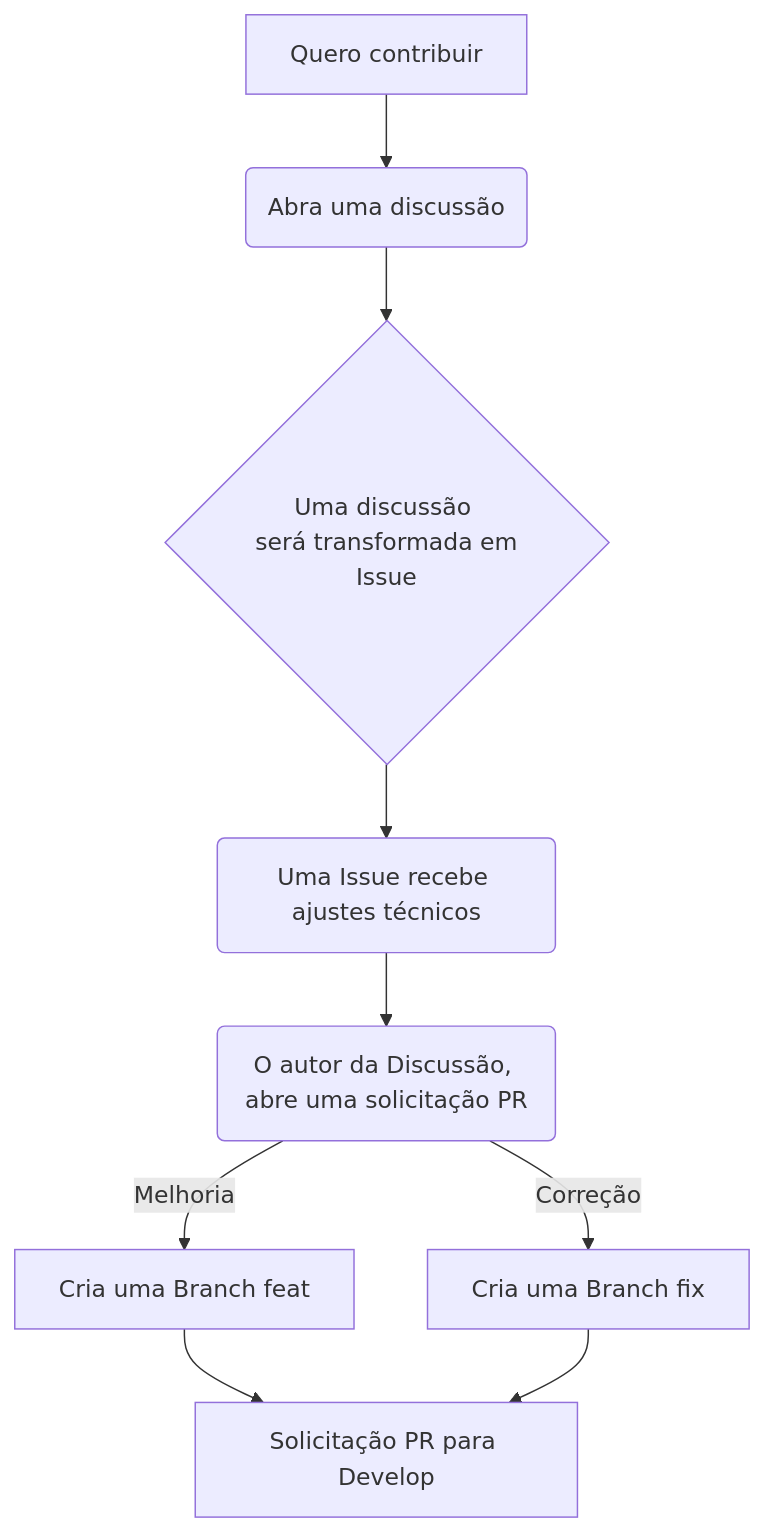
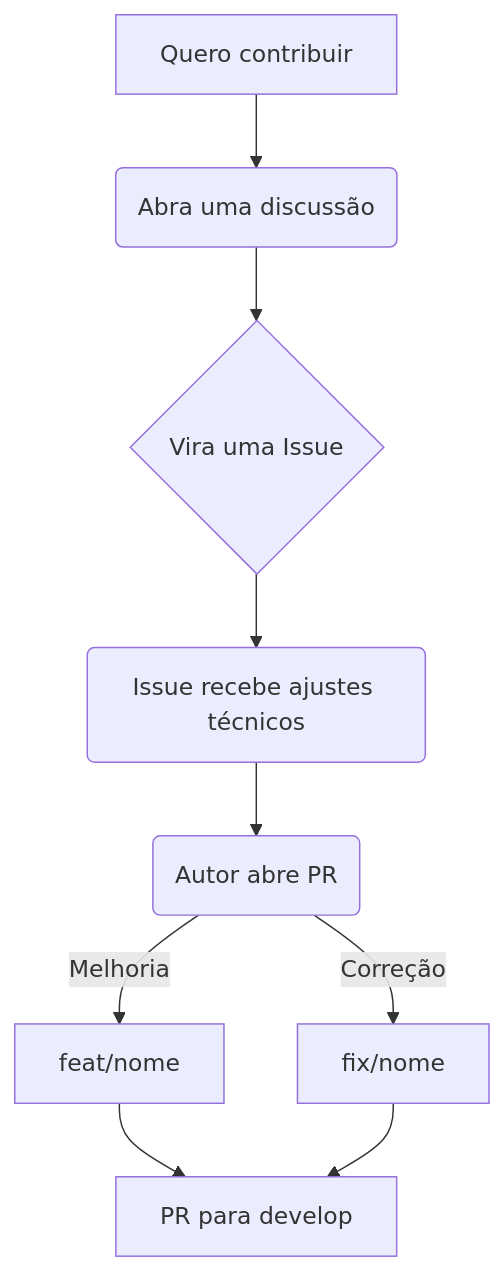
Before and after one commit to codaqui/institucional: the diagram in README.md, drawn with Mermaid. The commit also changed other lines of this file and 2 other files, not shown here.

````diff
--- a/README.md
+++ b/README.md
@@ -97,11 +58,11 @@
 ```mermaid
 graph TD
     A[Quero contribuir] --> B(Abra uma discussão)
-    B --> C{Uma discussão <br> será transformada em Issue}
-    C --> D(Uma Issue recebe ajustes técnicos)
-    D --> E(O autor da Discussão, abre uma solicitação PR)
-    E -->|Melhoria| F[Cria uma Branch feat]
-    E -->|Correção| G[Cria uma Branch fix]
-    F --> H[Solicitação PR para Develop]
+    B --> C{Vira uma Issue}
+    C --> D(Issue recebe ajustes técnicos)
+    D --> E(Autor abre PR)
+    E -->|Melhoria| F[feat/nome]
+    E -->|Correção| G[fix/nome]
+    F --> H[PR para develop]
     G --> H
 ```
````
